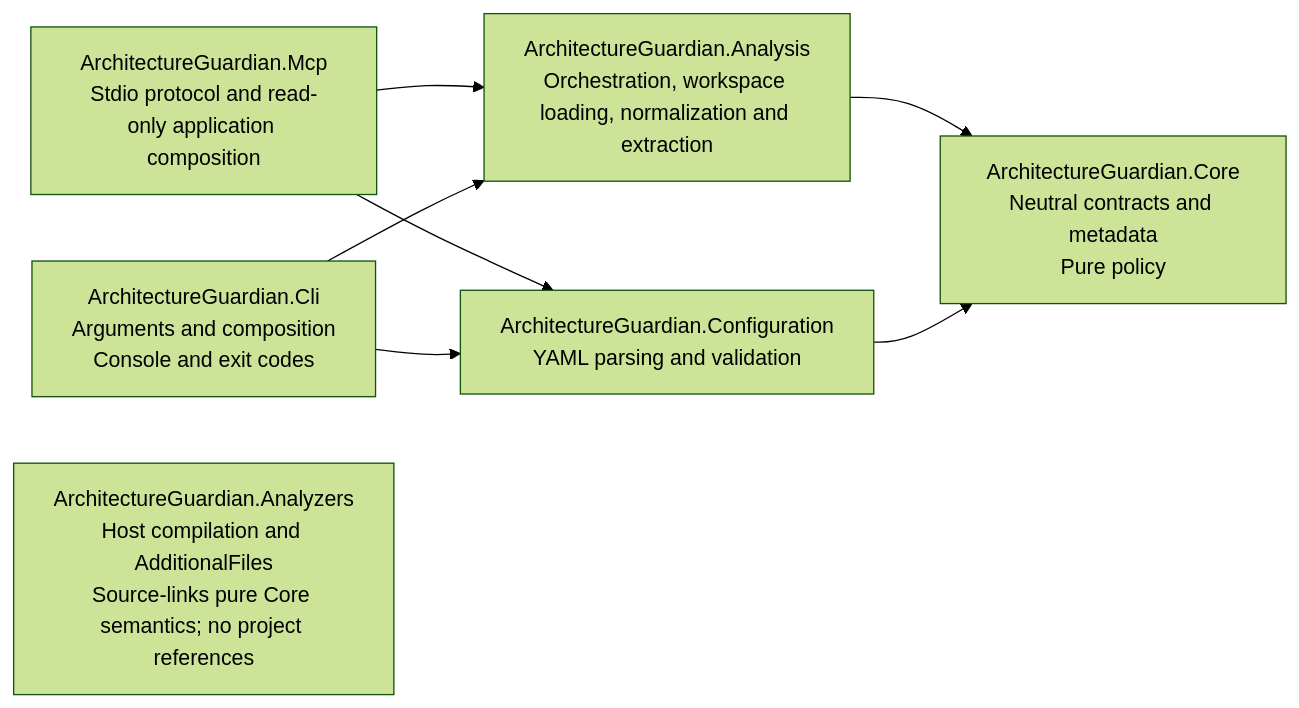
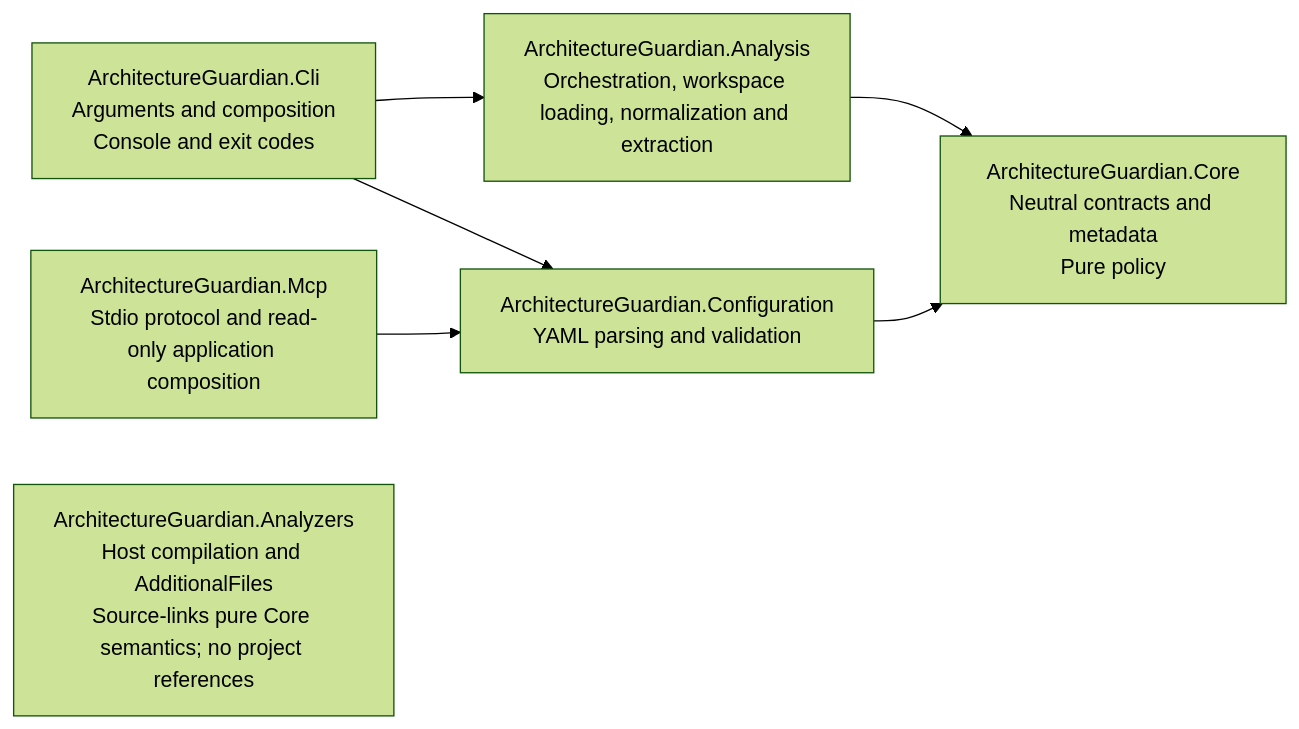
Before and after one commit to kbourzayq/arch-guard: the first of 3 diagrams in docs/architecture/overview.md, drawn with Mermaid (forest theme). The commit also changed other lines of this file and 21 other files, not shown here.

````diff
--- a/docs/architecture/overview.md
+++ b/docs/architecture/overview.md
@@ -33,16 +33,15 @@
 ```mermaid
 flowchart LR
     Cli["ArchitectureGuardian.Cli<br/>Arguments and composition<br/>Console and exit codes"]
     Analysis["ArchitectureGuardian.Analysis<br/>Orchestration, workspace loading, normalization and extraction"]
     Core["ArchitectureGuardian.Core<br/>Neutral contracts and metadata<br/>Pure policy"]
     Configuration["ArchitectureGuardian.Configuration<br/>YAML parsing and validation"]
 
     Mcp["ArchitectureGuardian.Mcp<br/>Stdio protocol and read-only application composition"]
-    Mcp --> Analysis
     Mcp --> Configuration
     Cli --> Analysis
     Cli --> Configuration
     Analysis --> Core
     Configuration --> Core
     Analyzers["ArchitectureGuardian.Analyzers<br/>Host compilation and AdditionalFiles<br/>Source-links pure Core semantics; no project references"]
 ```
````
